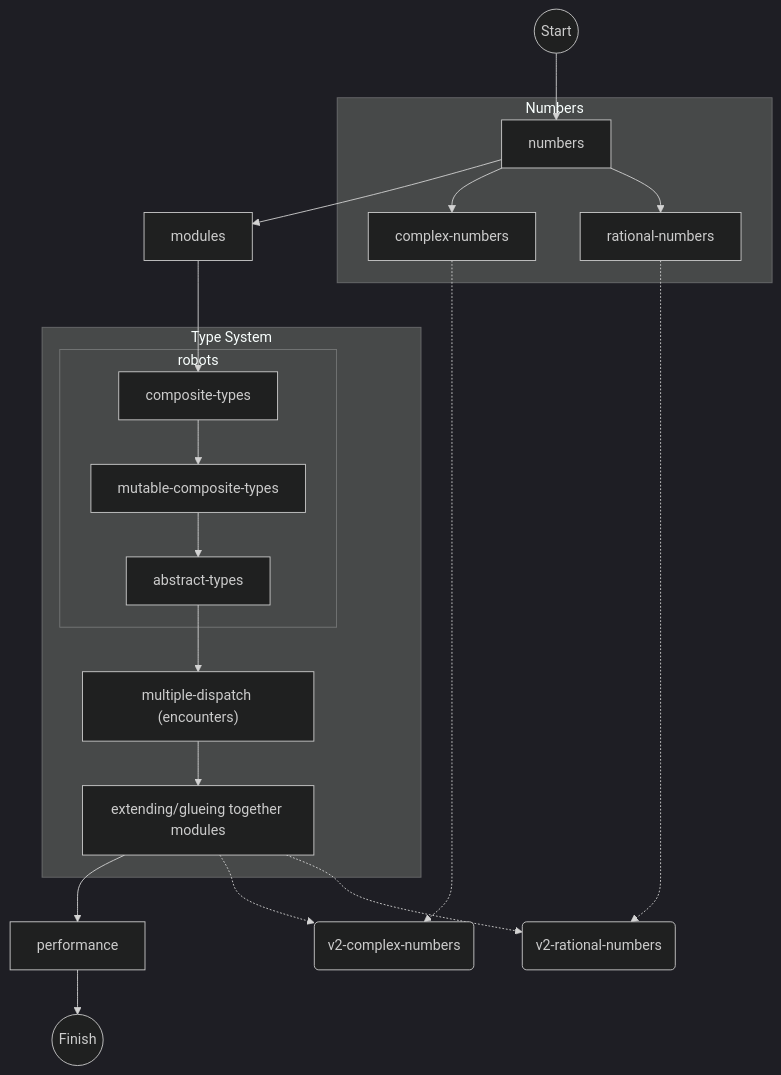
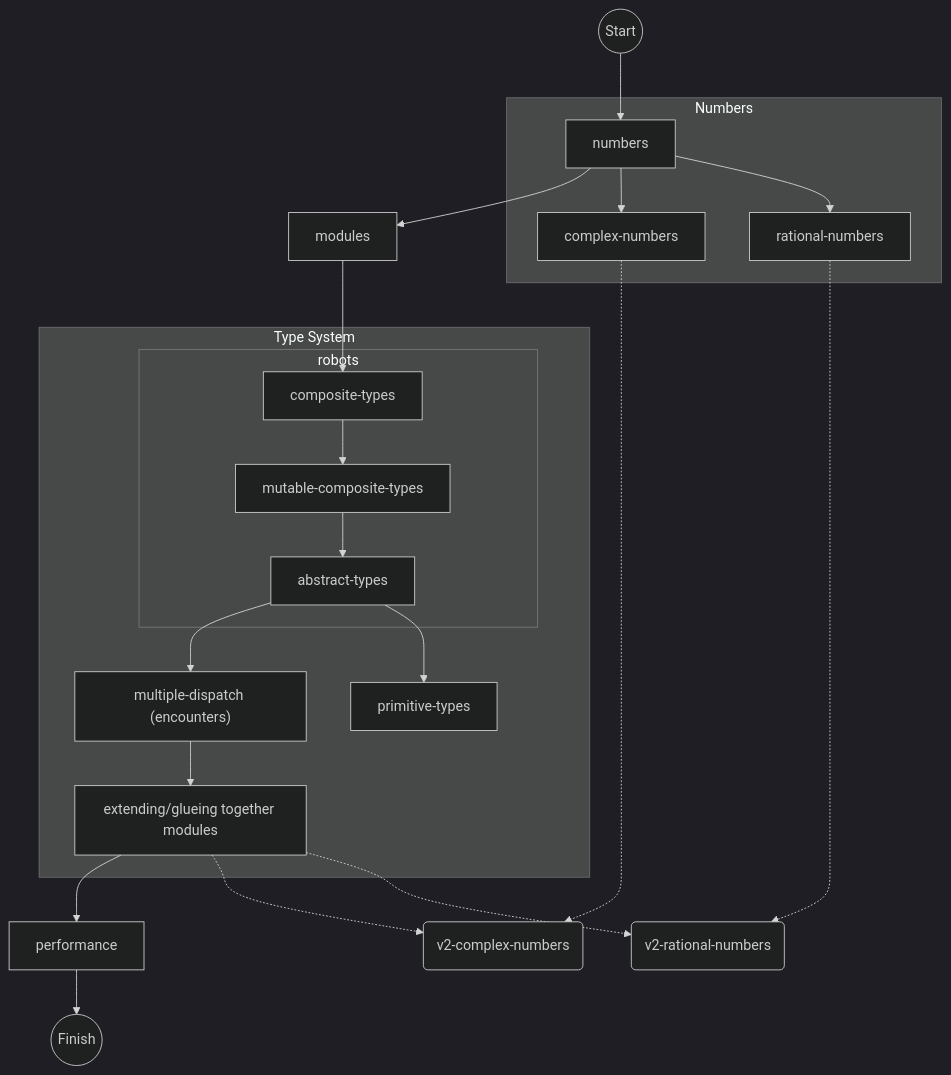
Before and after one commit to exercism/v3: the diagram in languages/julia/reference/progression.md, drawn with Mermaid (dark theme).

Commit message:
Add primitive-types to progression

````diff
--- a/languages/julia/reference/progression.md
+++ b/languages/julia/reference/progression.md
@@ -5,29 +5,31 @@
 ```mermaid
 graph TD
 
 Start((Start)) --> numbers
 
 numbers --> modules
 
 modules --> composite-types
 subgraph Type System
 	subgraph robots
 		composite-types --> mutable-composite-types
 		mutable-composite-types --> abstract-types
 	end
 	abstract-types --> multiple-dispatch
 	multiple-dispatch["multiple-dispatch (encounters)"] --> extension[extending/glueing together modules]
+	
+	abstract-types --> primitive-types
 end
 extension --> performance
 performance --> Finish((Finish))
 
 subgraph Numbers
 	numbers --> complex-numbers
 	numbers --> rational-numbers
 end
 
 complex-numbers -.-> v2-complex-numbers(v2-complex-numbers)
 rational-numbers -.-> v2-rational-numbers(v2-rational-numbers)
 extension -.-> v2-complex-numbers
 extension -.-> v2-rational-numbers
 ```
````
